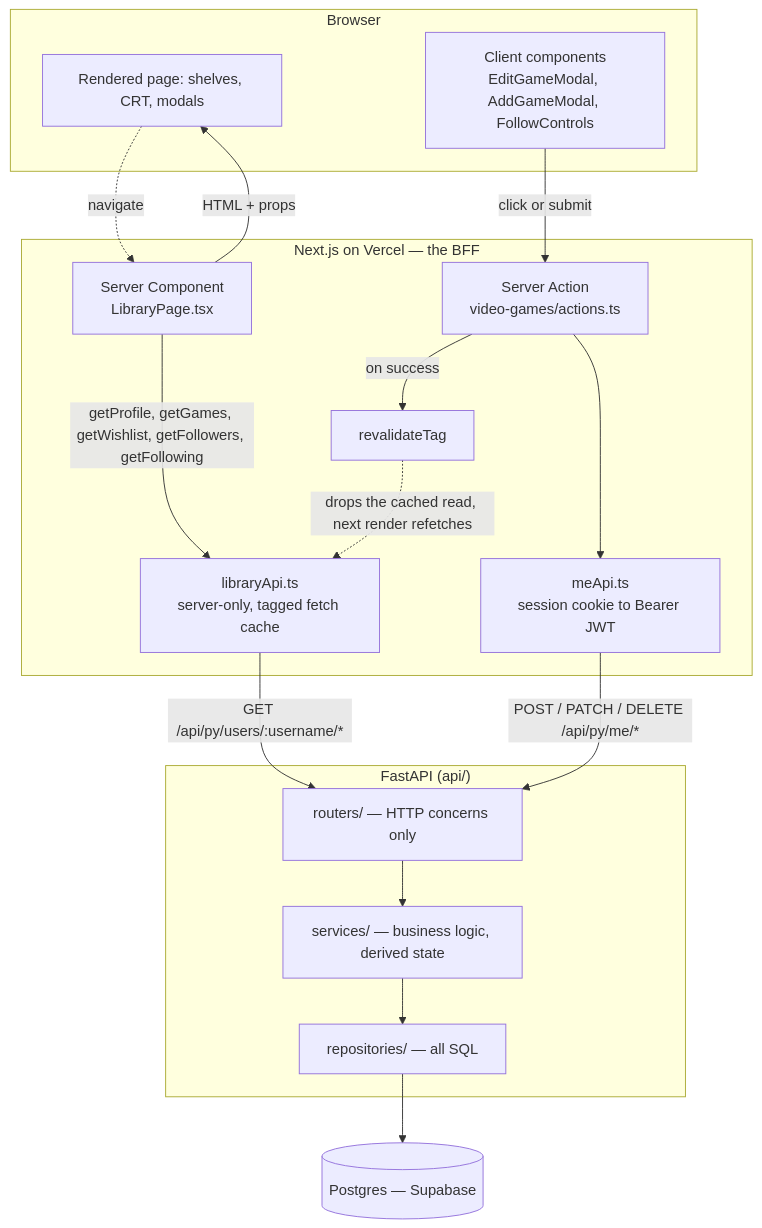
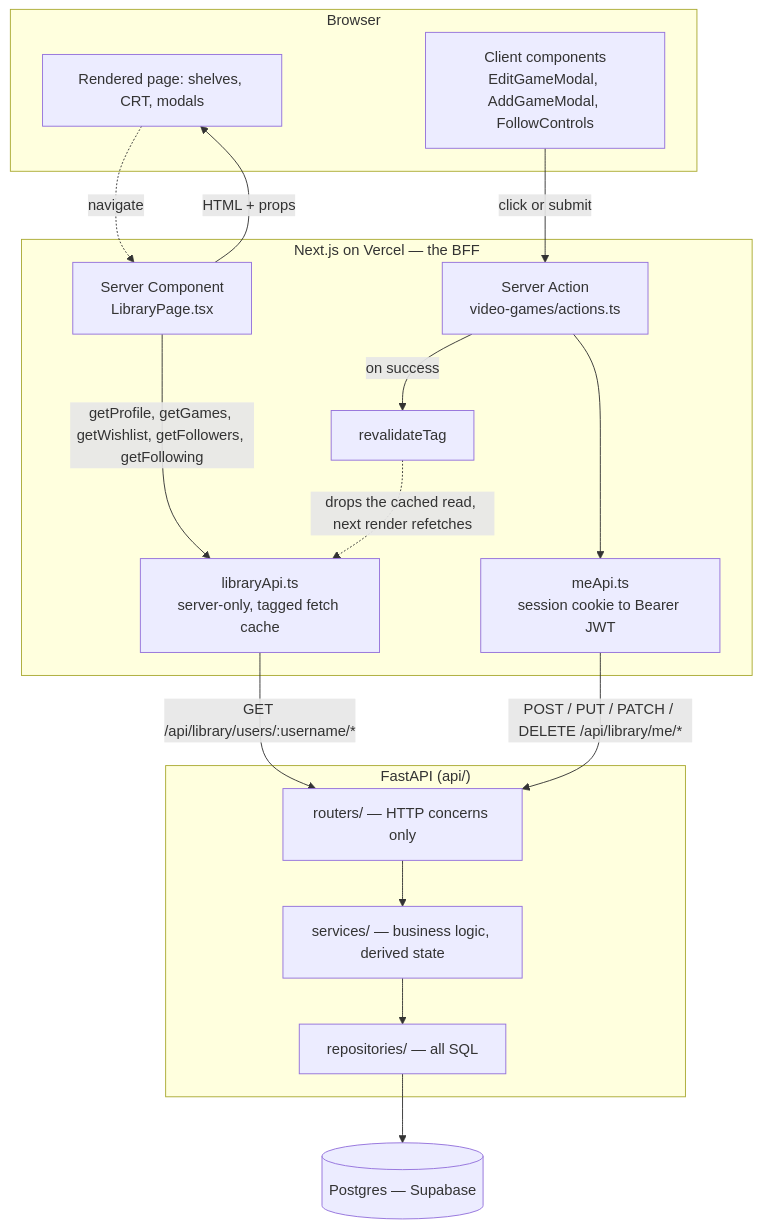
The diagram in docs/architecture.md (robertgrassian/personal_website), drawn with Mermaid before and after one commit. The commit also changed other lines of this file and 73 other files, not shown here.

````diff
--- a/docs/architecture.md
+++ b/docs/architecture.md
@@ -19,38 +19,38 @@
 ```mermaid
 flowchart TB
     subgraph browser["Browser"]
         PAGE["Rendered page: shelves, CRT, modals"]
         CLIENT["Client components<br/>EditGameModal, AddGameModal, FollowControls"]
     end
 
     subgraph next["Next.js on Vercel — the BFF"]
         LP["Server Component<br/>LibraryPage.tsx"]
         LA["libraryApi.ts<br/>server-only, tagged fetch cache"]
         SA["Server Action<br/>video-games/actions.ts"]
         MA["meApi.ts<br/>session cookie to Bearer JWT"]
         RT["revalidateTag"]
     end
 
     subgraph api["FastAPI (api/)"]
         RR["routers/ — HTTP concerns only"]
         SS["services/ — business logic, derived state"]
         RP["repositories/ — all SQL"]
     end
 
     DB[("Postgres — Supabase")]
 
     PAGE -.->|navigate| LP
     LP -->|"getProfile, getGames, getWishlist, getFollowers, getFollowing"| LA
-    LA -->|"GET /api/py/users/:username/*"| RR
+    LA -->|"GET /api/library/users/:username/*"| RR
     LP -->|"HTML + props"| PAGE
 
     CLIENT -->|click or submit| SA
     SA --> MA
-    MA -->|"POST / PATCH / DELETE /api/py/me/*"| RR
+    MA -->|"POST / PUT / PATCH / DELETE /api/library/me/*"| RR
     SA -->|on success| RT
     RT -.->|"drops the cached read, next render refetches"| LA
 
     RR --> SS
     SS --> RP
     RP --> DB
 ```
````
